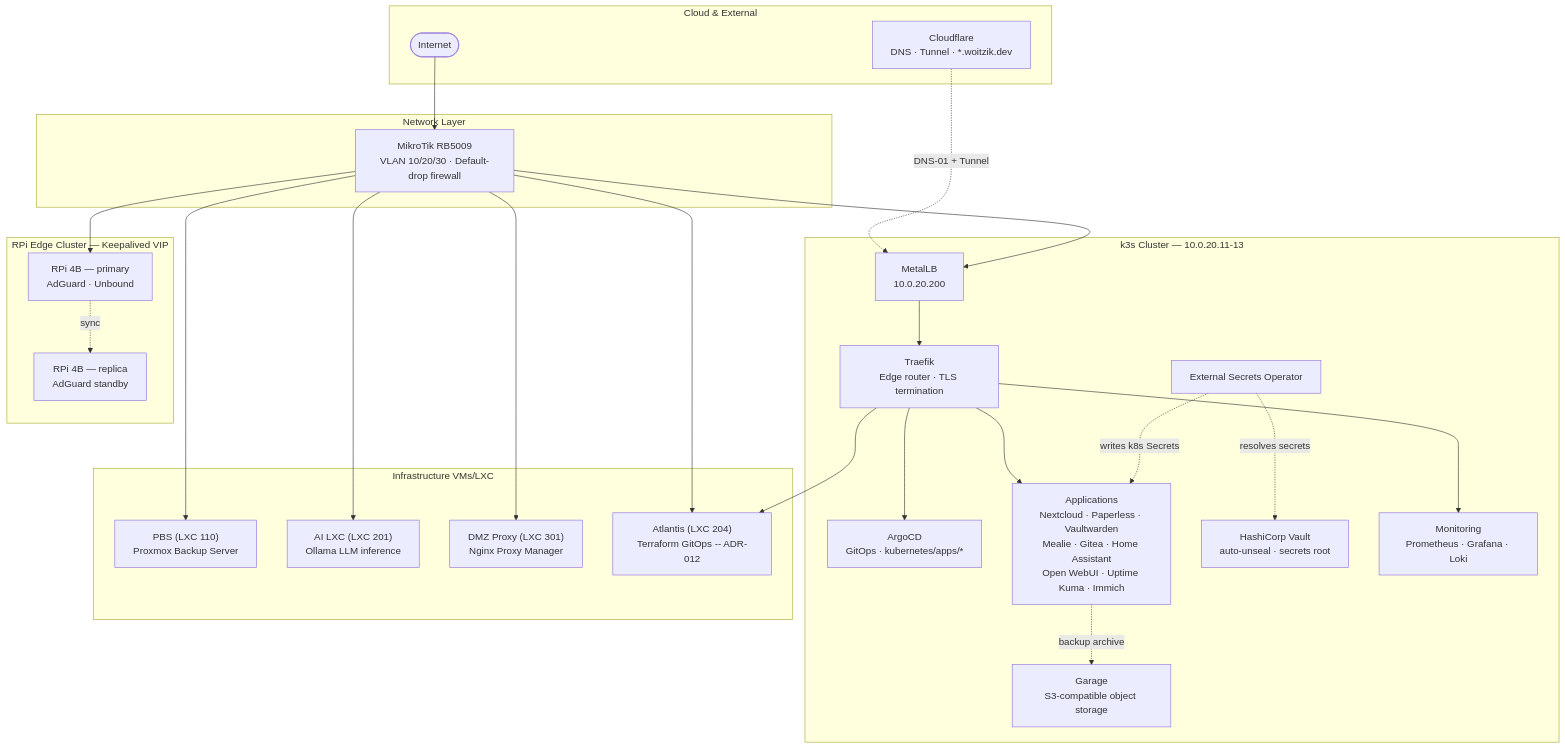
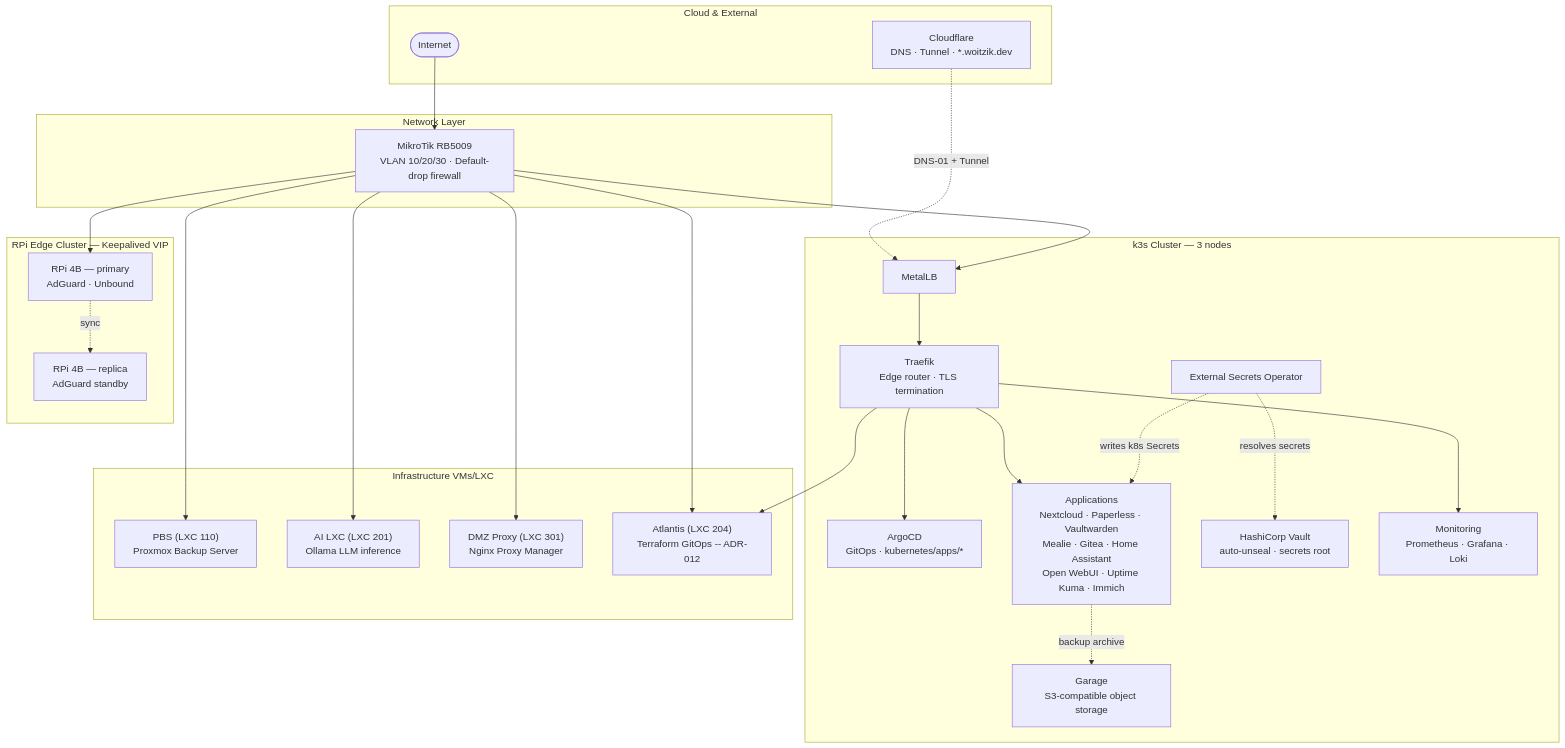
Before and after one commit to dwoitzik/homelab-infrastructure: the diagram in README.md, drawn with Mermaid. The commit also changed other lines of this file and 36 other files, not shown here.

````diff
--- a/README.md
+++ b/README.md
@@ -44,52 +43,52 @@
 ```mermaid
 graph TB
     subgraph cloud["Cloud & External"]
         NET([Internet])
         CF["Cloudflare\nDNS · Tunnel · *.woitzik.dev"]
     end
 
     subgraph router["Network Layer"]
         MK["MikroTik RB5009\nVLAN 10/20/30 · Default-drop firewall"]
     end
 
-    subgraph k3s["k3s Cluster — 10.0.20.11-13"]
-        LB["MetalLB\n10.0.20.200"]
+    subgraph k3s["k3s Cluster — 3 nodes"]
+        LB["MetalLB"]
         TR["Traefik\nEdge router · TLS termination"]
         ARGO["ArgoCD\nGitOps · kubernetes/apps/*"]
         APPS["Applications\nNextcloud · Paperless · Vaultwarden\nMealie · Gitea · Home Assistant\nOpen WebUI · Uptime Kuma · Immich"]
         VAULT["HashiCorp Vault\nauto-unseal · secrets root"]
         ESO["External Secrets Operator"]
         GARAGE["Garage\nS3-compatible object storage"]
         MON["Monitoring\nPrometheus · Grafana · Loki"]
     end
 
     subgraph edge["RPi Edge Cluster — Keepalived VIP"]
         RPI1["RPi 4B — primary\nAdGuard · Unbound"]
         RPI2["RPi 4B — replica\nAdGuard standby"]
     end
 
     subgraph infra["Infrastructure VMs/LXC"]
         PBS["PBS (LXC 110)\nProxmox Backup Server"]
         AI["AI LXC (LXC 201)\nOllama LLM inference"]
         DMZ["DMZ Proxy (LXC 301)\nNginx Proxy Manager"]
         ATLLXC["Atlantis (LXC 204)\nTerraform GitOps -- ADR-012"]
     end
 
     NET --> MK
     CF -. "DNS-01 + Tunnel" .-> LB
     MK --> LB
     LB --> TR
     TR --> ARGO
     TR --> APPS
     TR --> MON
     TR --> ATLLXC
     ESO -. "resolves secrets" .-> VAULT
     ESO -. "writes k8s Secrets" .-> APPS
     APPS -. "backup archive" .-> GARAGE
     MK --> RPI1
     RPI1 -. "sync" .-> RPI2
     MK --> PBS
     MK --> AI
     MK --> DMZ
     MK --> ATLLXC
 ```
````
